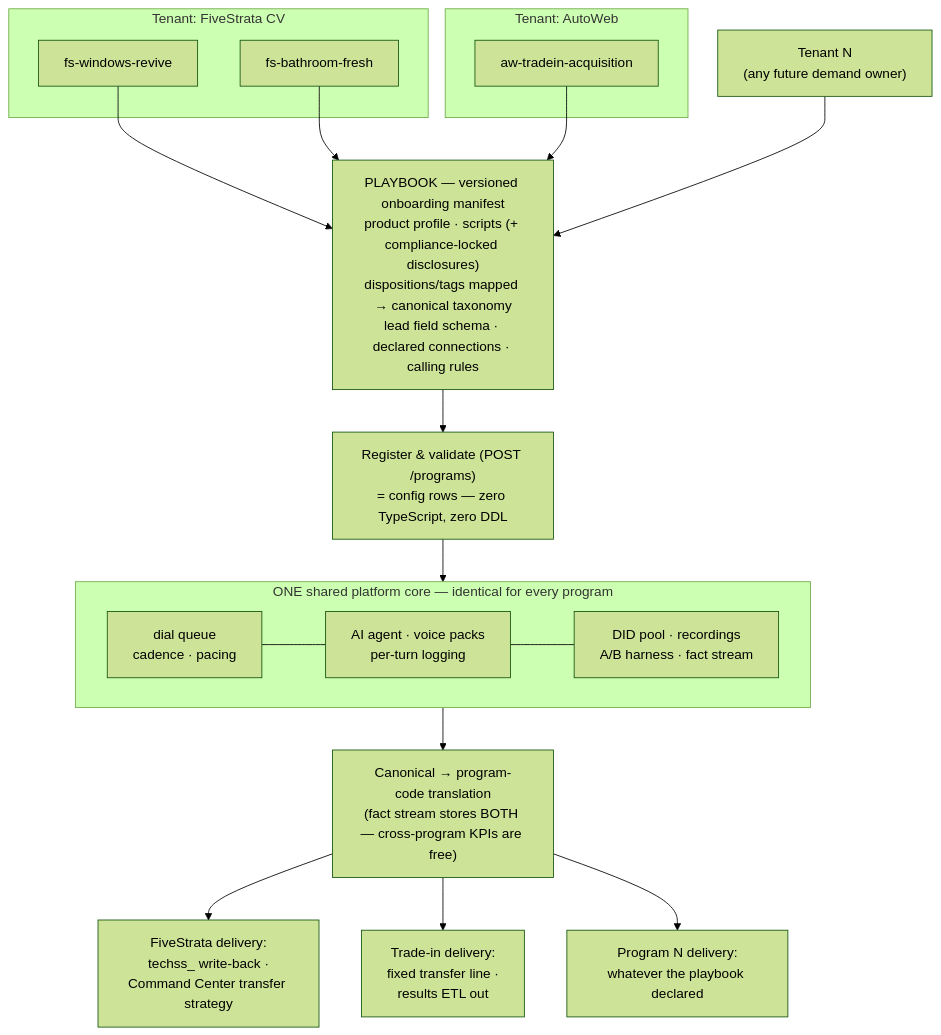
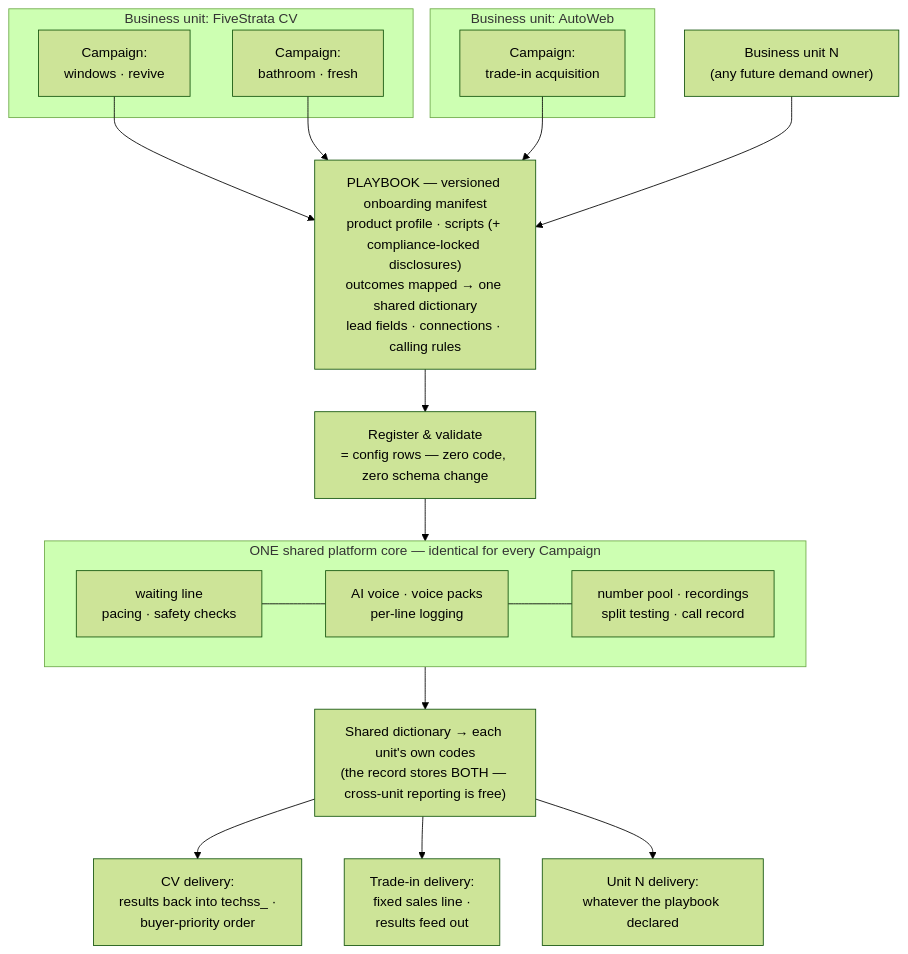
One commit to piermadsen-blcalls/fivestrata-dialer changed the second of 3 diagrams in docs/PRD.md. Above: the diagram before and after it, drawn with Mermaid (forest theme). The commit also changed other lines of this file and 3 other files, not shown here.

First line of the commit message:
PRD + roadmap Draft v2: merge Pier's plain-language draft with Sean's v1

````diff
--- a/docs/PRD.md
+++ b/docs/PRD.md
@@ -81,27 +152,27 @@
 ```mermaid
 flowchart TB
-  subgraph T1["Tenant: FiveStrata CV"]
-    P1["fs-windows-revive"]
-    P2["fs-bathroom-fresh"]
+  subgraph T1["Business unit: FiveStrata CV"]
+    P1["Campaign:<br/>windows · revive"]
+    P2["Campaign:<br/>bathroom · fresh"]
   end
-  subgraph T2["Tenant: AutoWeb"]
-    P3["aw-tradein-acquisition"]
+  subgraph T2["Business unit: AutoWeb"]
+    P3["Campaign:<br/>trade-in acquisition"]
   end
-  T3["Tenant N<br/>(any future demand owner)"]
+  T3["Business unit N<br/>(any future demand owner)"]
 
   P1 --> PB
   P2 --> PB
   P3 --> PB
   T3 --> PB
-  PB["PLAYBOOK — versioned onboarding manifest<br/>product profile · scripts (+ compliance-locked disclosures)<br/>dispositions/tags mapped → canonical taxonomy<br/>lead field schema · declared connections · calling rules"]
-  PB --> REG["Register & validate (POST /programs)<br/>= config rows — zero TypeScript, zero DDL"]
+  PB["PLAYBOOK — versioned onboarding manifest<br/>product profile · scripts (+ compliance-locked disclosures)<br/>outcomes mapped → one shared dictionary<br/>lead fields · connections · calling rules"]
+  PB --> REG["Register & validate<br/>= config rows — zero code, zero schema change"]
   REG --> CORE
-  subgraph CORE["ONE shared platform core — identical for every program"]
+  subgraph CORE["ONE shared platform core — identical for every Campaign"]
     direction LR
-    C1["dial queue<br/>cadence · pacing"] --- C2["AI agent · voice packs<br/>per-turn logging"] --- C3["DID pool · recordings<br/>A/B harness · fact stream"]
+    C1["waiting line<br/>pacing · safety checks"] --- C2["AI voice · voice packs<br/>per-line logging"] --- C3["number pool · recordings<br/>split testing · call record"]
   end
-  CORE --> XLATE["Canonical → program-code translation<br/>(fact stream stores BOTH — cross-program KPIs are free)"]
-  XLATE --> O1["FiveStrata delivery:<br/>techss_ write-back ·<br/>Command Center transfer strategy"]
-  XLATE --> O2["Trade-in delivery:<br/>fixed transfer line ·<br/>results ETL out"]
-  XLATE --> O3["Program N delivery:<br/>whatever the playbook declared"]
+  CORE --> XLATE["Shared dictionary → each unit's own codes<br/>(the record stores BOTH — cross-unit reporting is free)"]
+  XLATE --> O1["CV delivery:<br/>results back into techss_ ·<br/>buyer-priority order"]
+  XLATE --> O2["Trade-in delivery:<br/>fixed sales line ·<br/>results feed out"]
+  XLATE --> O3["Unit N delivery:<br/>whatever the playbook declared"]
 ```
````
